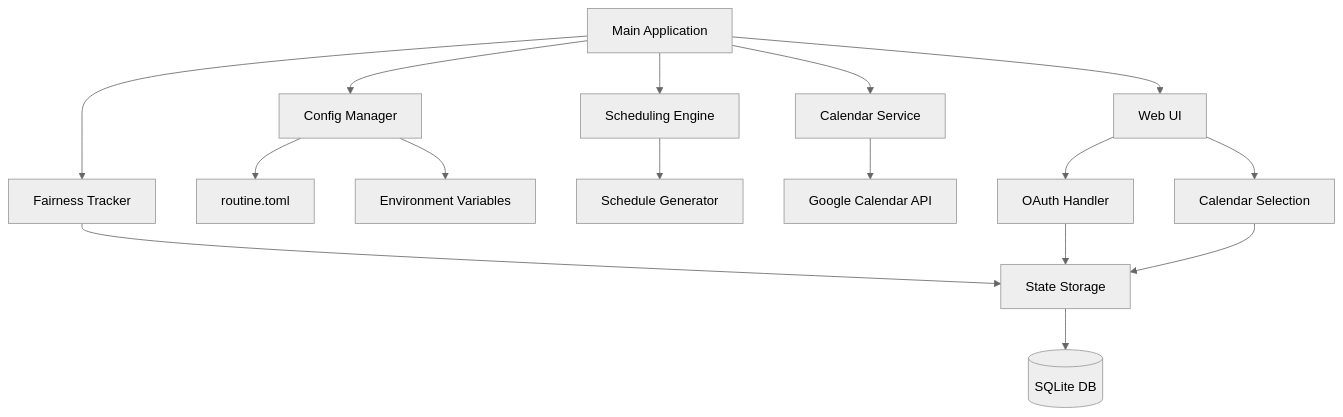
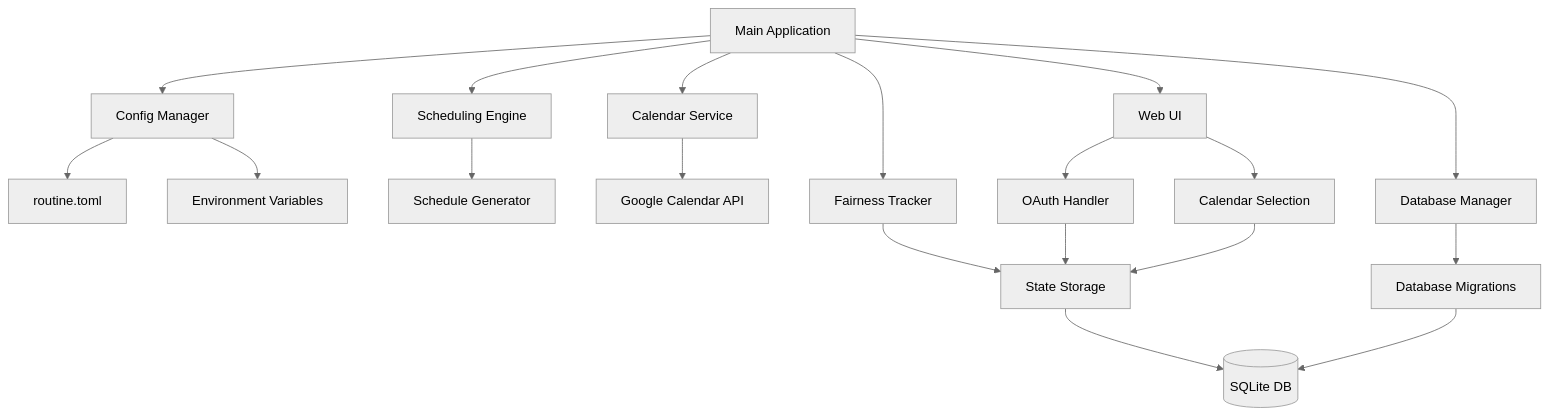
The first of 3 diagrams in docs/architecture.md (Belphemur/night-routine), drawn with Mermaid (neutral theme) before and after one commit. The commit also changed other lines of this file and 14 other files, not shown here.

Commit message:
feat: enhance assignment tracking with Google Calendar integration and database schema updates

````diff
--- a/docs/architecture.md
+++ b/docs/architecture.md
@@ -5,20 +5,23 @@
 ```mermaid
 graph TD
     A[Main Application] --> B[Config Manager]
     A --> C[Scheduling Engine]
     A --> D[Calendar Service]
     A --> E[Fairness Tracker]
     A --> W[Web UI]
+    A --> DB[Database Manager]
 
     B --> F[routine.toml]
     B --> M[Environment Variables]
     C --> G[Schedule Generator]
     D --> H[Google Calendar API]
     E --> I[State Storage]
     W --> J[OAuth Handler]
     W --> K[Calendar Selection]
+    DB --> MG[Database Migrations]
 
     J --> I
     K --> I
     I --> L[(SQLite DB)]
+    MG --> L
 ```
````
